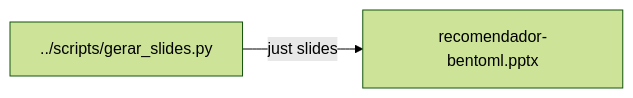
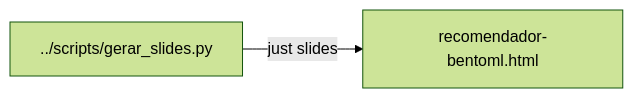
Before and after one commit to lgallindo/recomendador-bentoml: the diagram in slides/README.md, drawn with Mermaid (forest theme). The commit also changed other lines of this file and 68 other files, not shown here.

````diff
--- a/slides/README.md
+++ b/slides/README.md
@@ -46,4 +40,4 @@
 ```mermaid
 flowchart LR
-  S["../scripts/gerar_slides.py"] -->|"just slides"| D["recomendador-bentoml.pptx"]
+  S["../scripts/gerar_slides.py"] -->|"just slides"| D["recomendador-bentoml.html"]
 ```
````
